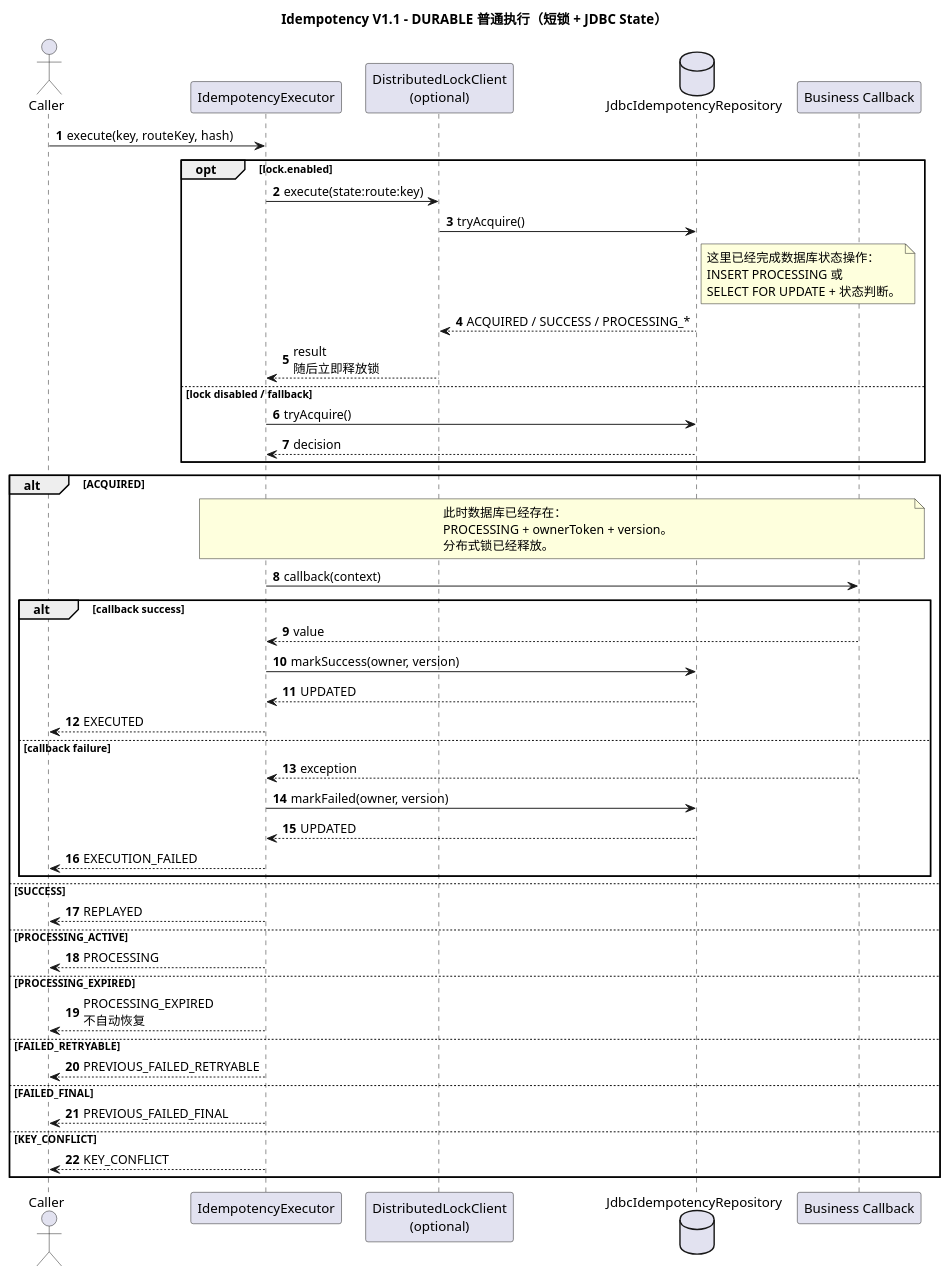
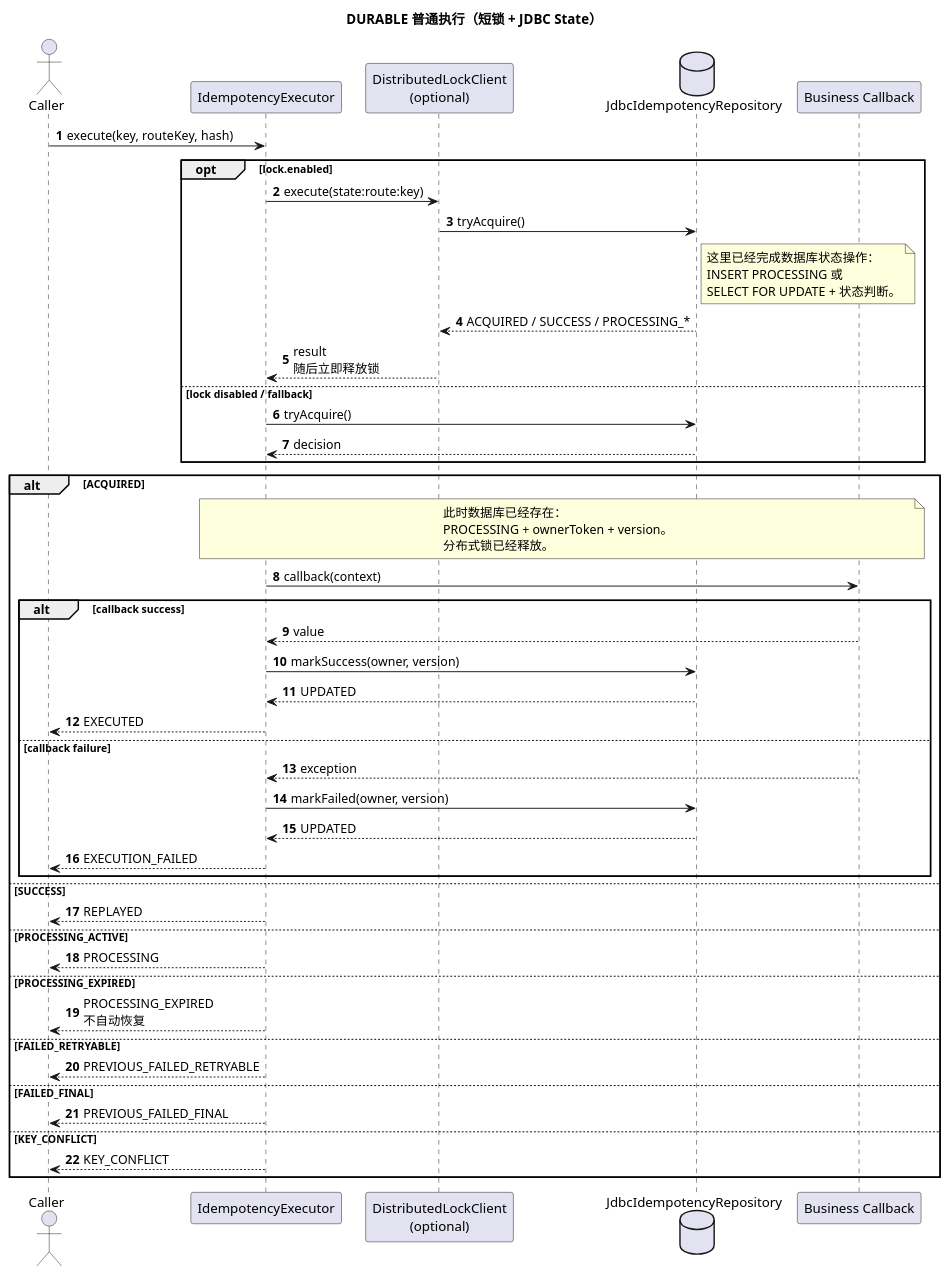
The diagram in component/idempotent-component/docs/diagrams/sequence/L1-durable-normal-execution.puml (pbxjtumse/cola-web-standard), drawn with PlantUML before and after one commit. The commit also changed 47 other files, not shown here.

```diff
--- a/component/idempotent-component/docs/diagrams/sequence/L1-durable-normal-execution.puml
+++ b/component/idempotent-component/docs/diagrams/sequence/L1-durable-normal-execution.puml
@@ -1,62 +1,62 @@
 @startuml
-title Idempotency V1.1 - DURABLE 普通执行（短锁 + JDBC State）
+title DURABLE 普通执行（短锁 + JDBC State）
 
 autonumber
 skinparam shadowing false
 
 actor Caller
 participant "IdempotencyExecutor" as EXEC
 participant "DistributedLockClient\n(optional)" as LOCK
 database "JdbcIdempotencyRepository" as IDEM
 participant "Business Callback" as BIZ
 
 Caller -> EXEC : execute(key, routeKey, hash)
 
 opt lock.enabled
   EXEC -> LOCK : execute(state:route:key)
   LOCK -> IDEM : tryAcquire()
   note right of IDEM
   这里已经完成数据库状态操作：
   INSERT PROCESSING 或
   SELECT FOR UPDATE + 状态判断。
   end note
   IDEM --> LOCK : ACQUIRED / SUCCESS / PROCESSING_*
   LOCK --> EXEC : result\n随后立即释放锁
 else lock disabled / fallback
   EXEC -> IDEM : tryAcquire()
   IDEM --> EXEC : decision
 end
 
 alt ACQUIRED
   note over EXEC,BIZ
   此时数据库已经存在：
   PROCESSING + ownerToken + version。
   分布式锁已经释放。
   end note
   EXEC -> BIZ : callback(context)
   alt callback success
     BIZ --> EXEC : value
     EXEC -> IDEM : markSuccess(owner, version)
     IDEM --> EXEC : UPDATED
     EXEC --> Caller : EXECUTED
   else callback failure
     BIZ --> EXEC : exception
     EXEC -> IDEM : markFailed(owner, version)
     IDEM --> EXEC : UPDATED
     EXEC --> Caller : EXECUTION_FAILED
   end
 else SUCCESS
   EXEC --> Caller : REPLAYED
 else PROCESSING_ACTIVE
   EXEC --> Caller : PROCESSING
 else PROCESSING_EXPIRED
   EXEC --> Caller : PROCESSING_EXPIRED\n不自动恢复
 else FAILED_RETRYABLE
   EXEC --> Caller : PREVIOUS_FAILED_RETRYABLE
 else FAILED_FINAL
   EXEC --> Caller : PREVIOUS_FAILED_FINAL
 else KEY_CONFLICT
   EXEC --> Caller : KEY_CONFLICT
 end
 
 @enduml
```
